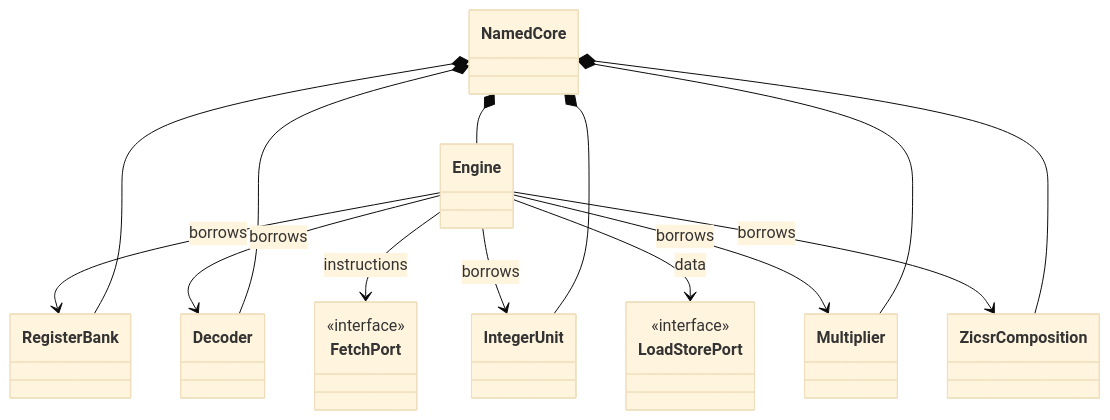
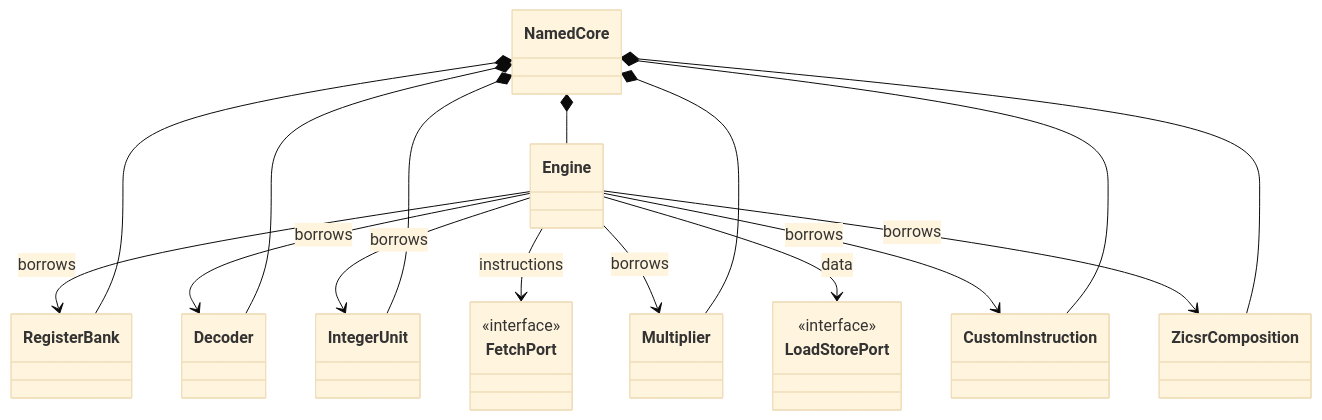
One commit to eccelerators/eccelerators-riscv changed the diagram in docs/architecture.md. Above: the diagram before and after it, drawn with Mermaid (base theme). The commit also changed other lines of this file and 141 other files, not shown here.

````diff
--- a/docs/architecture.md
+++ b/docs/architecture.md
@@ -24,29 +26,32 @@
 ```mermaid
 classDiagram
     class NamedCore
     class Engine
     class RegisterBank
     class Decoder
     class IntegerUnit
     class Multiplier
+    class CustomInstruction
     class ZicsrComposition
     class FetchPort {
         <<interface>>
     }
     class LoadStorePort {
         <<interface>>
     }
     NamedCore *-- Engine
     NamedCore *-- RegisterBank
     NamedCore *-- Decoder
     NamedCore *-- IntegerUnit
     NamedCore *-- Multiplier
+    NamedCore *-- CustomInstruction
     NamedCore *-- ZicsrComposition
     Engine --> RegisterBank : borrows
     Engine --> Decoder : borrows
     Engine --> IntegerUnit : borrows
     Engine --> Multiplier : borrows
+    Engine --> CustomInstruction : borrows
     Engine --> ZicsrComposition : borrows
     Engine --> FetchPort : instructions
     Engine --> LoadStorePort : data
 ```
````
